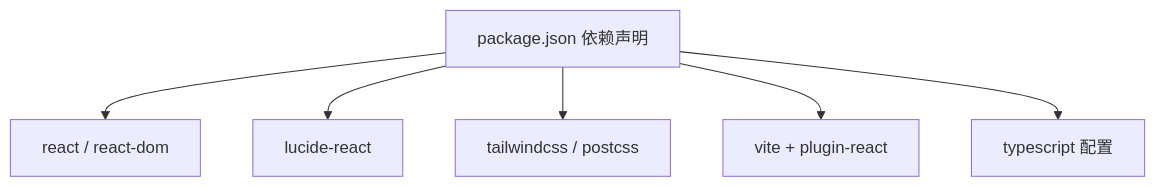
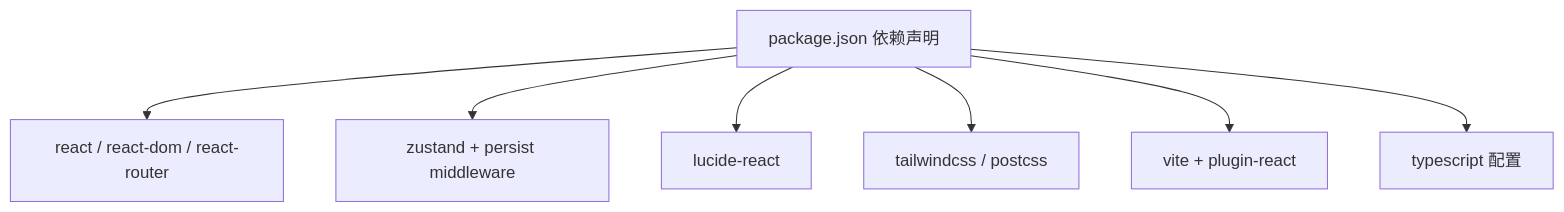
One commit to xianjianshenqu/SalesFlow-CRM changed the fourth of 4 diagrams in .qoder/repowiki/zh/content/架构设计/组件架构设计.md. Above: the diagram before and after it, drawn with Mermaid. The commit also changed other lines of this file and 17 other files, not shown here.

````diff
--- a/.qoder/repowiki/zh/content/架构设计/组件架构设计.md
+++ b/.qoder/repowiki/zh/content/架构设计/组件架构设计.md
@@ -302,14 +333,16 @@
 ```mermaid
 graph TB
 P["package.json 依赖声明"]
-R["react / react-dom"]
+R["react / react-dom / react-router"]
+Z["zustand + persist middleware"]
 L["lucide-react"]
 T["tailwindcss / postcss"]
 V["vite + plugin-react"]
 TS["typescript 配置"]
 P --> R
+P --> Z
 P --> L
 P --> T
 P --> V
 P --> TS
 ```
````
